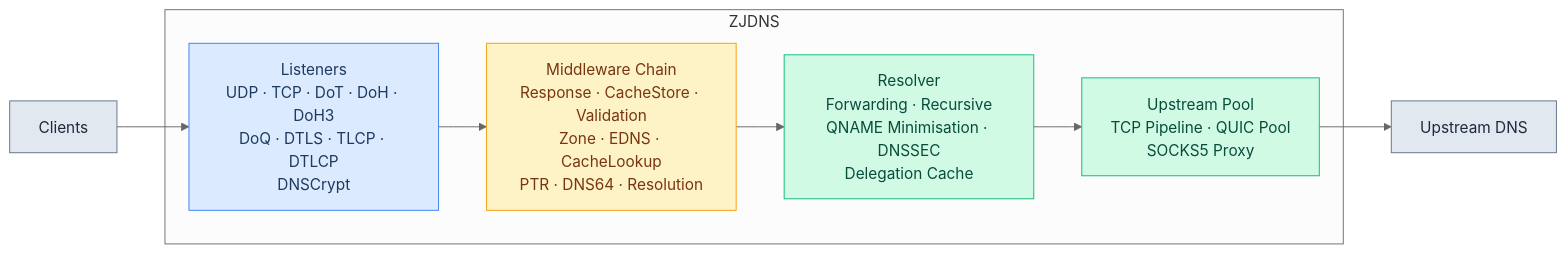
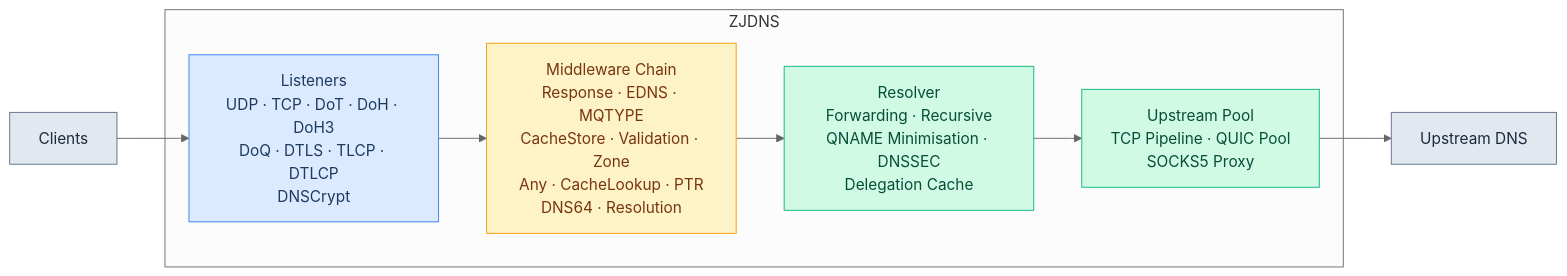
One commit to hezhijie0327/ZJDNS changed the first of 29 diagrams in docs/FLOWCHARTS.md. Above: the diagram before and after it, drawn with Mermaid (neutral theme). The commit also changed other lines of this file and 13 other files, not shown here.

````diff
--- a/docs/FLOWCHARTS.md
+++ b/docs/FLOWCHARTS.md
@@ -5,18 +5,18 @@
 ```mermaid
 graph LR
     C[Clients] --> L
     subgraph ZJDNS
-        L[Listeners<br/>UDP · TCP · DoT · DoH · DoH3<br/>DoQ · DTLS · TLCP · DTLCP<br/>DNSCrypt] --> MW[Middleware Chain<br/>Response · CacheStore · Validation<br/>Zone · EDNS · CacheLookup<br/>PTR · DNS64 · Resolution]
+        L[Listeners<br/>UDP · TCP · DoT · DoH · DoH3<br/>DoQ · DTLS · TLCP · DTLCP<br/>DNSCrypt] --> MW[Middleware Chain<br/>Response · EDNS · MQTYPE<br/>CacheStore · Validation · Zone<br/>Any · CacheLookup · PTR<br/>DNS64 · Resolution]
         MW --> RES[Resolver<br/>Forwarding · Recursive<br/>QNAME Minimisation · DNSSEC<br/>Delegation Cache]
         RES --> UP[Upstream Pool<br/>TCP Pipeline · QUIC Pool<br/>SOCKS5 Proxy]
     end
     UP --> U[Upstream DNS]
     classDef ext fill:#e2e8f0,stroke:#64748b,color:#1e293b
     classDef listen fill:#dbeafe,stroke:#3b82f6,color:#1e3a5f
     classDef proc fill:#fef3c7,stroke:#f59e0b,color:#78350f
     classDef resolve fill:#d1fae5,stroke:#10b981,color:#064e3b
     class C,U ext
     class L listen
     class MW proc
     class RES,UP resolve
 ```
````
